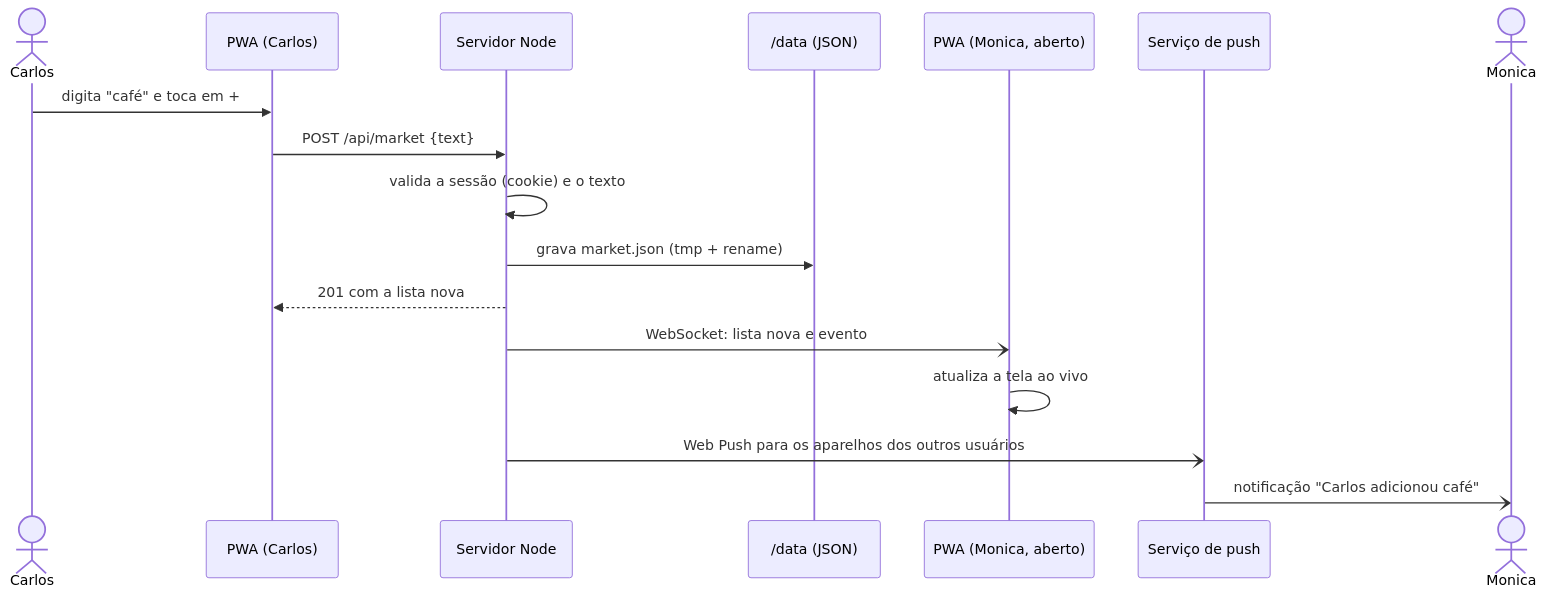
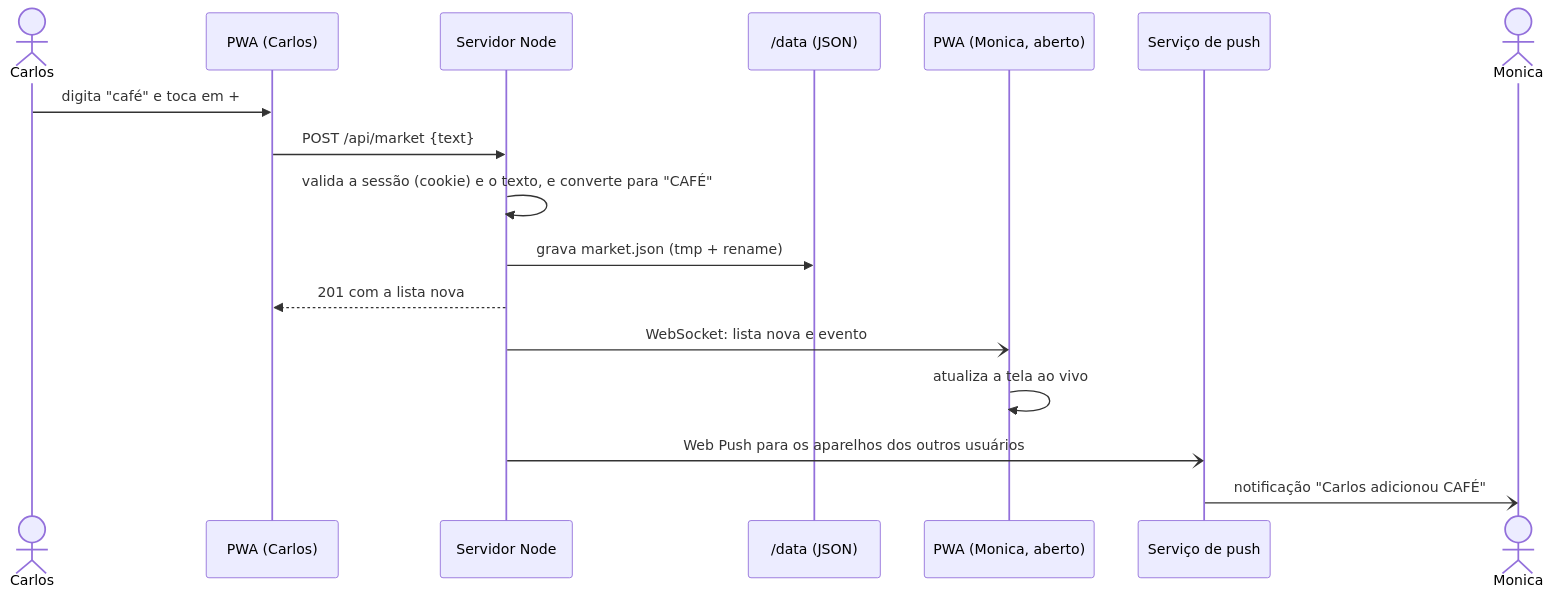
Before and after one commit to CarlosAlvesSantosJr/My-daily-tasks: the fourth of 5 diagrams in README.md, drawn with Mermaid. The commit also changed other lines of this file and 16 other files, not shown here.

````diff
--- a/README.md
+++ b/README.md
@@ -198,20 +208,20 @@
 ```mermaid
 sequenceDiagram
     actor Carlos
     participant A as PWA (Carlos)
     participant S as Servidor Node
     participant D as /data (JSON)
     participant B as PWA (Monica, aberto)
     participant P as Serviço de push
     actor Monica
 
     Carlos->>A: digita "café" e toca em +
     A->>S: POST /api/market {text}
-    S->>S: valida a sessão (cookie) e o texto
+    S->>S: valida a sessão (cookie) e o texto, e converte para "CAFÉ"
     S->>D: grava market.json (tmp + rename)
     S-->>A: 201 com a lista nova
     S-)B: WebSocket: lista nova e evento
     B->>B: atualiza a tela ao vivo
     S-)P: Web Push para os aparelhos dos outros usuários
-    P-)Monica: notificação "Carlos adicionou café"
+    P-)Monica: notificação "Carlos adicionou CAFÉ"
 ```
````
